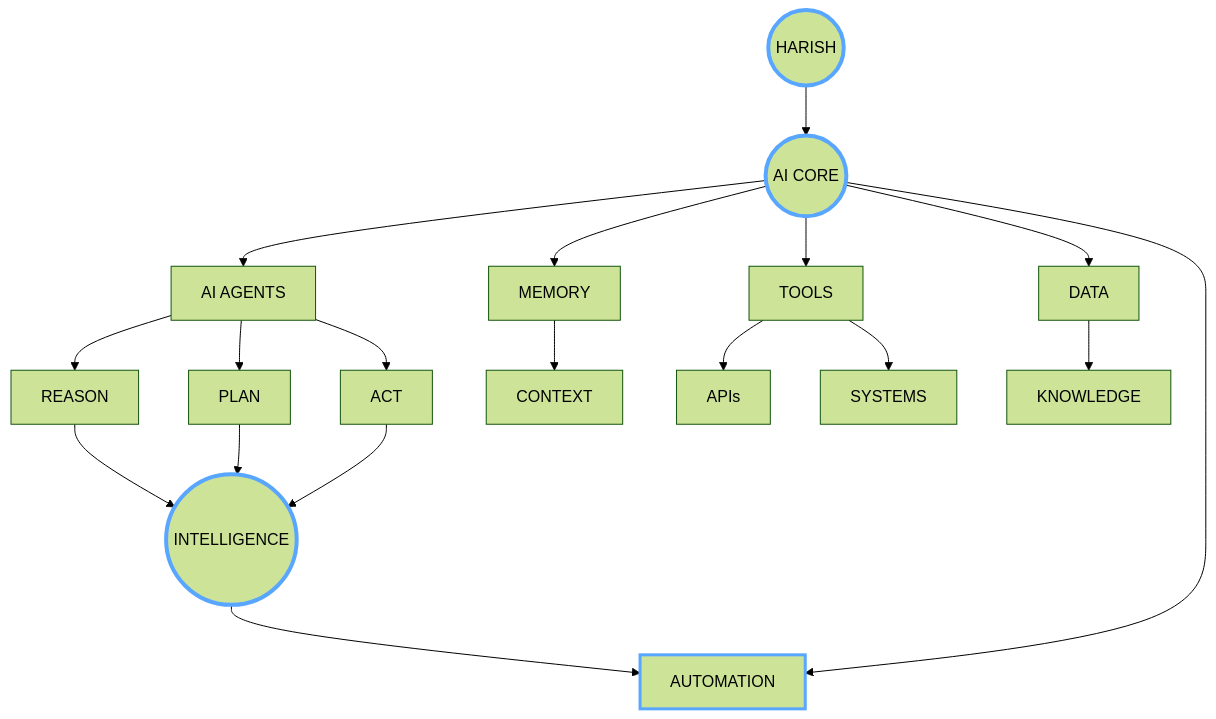
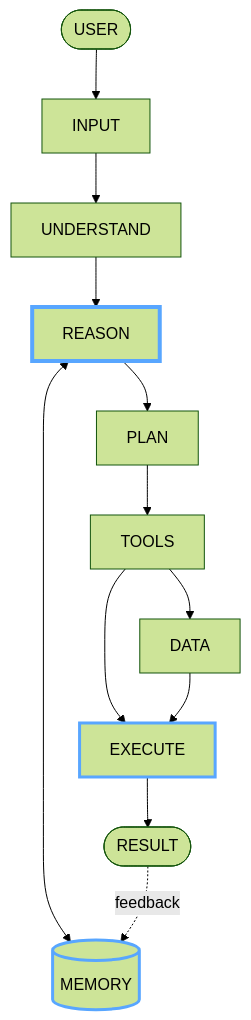
One commit to Harish-ai-dev/Harish-ai-dev changed the first of 8 diagrams in README.md. Above: the diagram before and after it, drawn with Mermaid (forest theme). The commit also changed other lines of this file, not shown here.

Commit message:
Update README with new sections and diagrams

````diff
--- a/README.md
+++ b/README.md
@@ -21,34 +21,36 @@
-```mermaid id="e5n8w2"
+```mermaid id="q2w8m4"
 flowchart TB
 
-    H(("HARISH"))
+    USER(["USER"])
 
-    H --> CORE(("AI CORE"))
+    INPUT["INPUT"]
+    UNDERSTAND["UNDERSTAND"]
+    REASON["REASON"]
+    PLAN["PLAN"]
+    EXECUTE["EXECUTE"]
 
-    CORE --> AGENTS["AI AGENTS"]
-    CORE --> MEMORY["MEMORY"]
-    CORE --> TOOLS["TOOLS"]
-    CORE --> DATA["DATA"]
-    CORE --> AUTO["AUTOMATION"]
+    MEMORY[("MEMORY")]
+    TOOLS["TOOLS"]
+    DATA["DATA"]
 
-    AGENTS --> REASON["REASON"]
-    AGENTS --> PLAN["PLAN"]
-    AGENTS --> ACT["ACT"]
+    RESULT(["RESULT"])
 
-    MEMORY --> CONTEXT["CONTEXT"]
-    DATA --> KNOWLEDGE["KNOWLEDGE"]
+    USER --> INPUT
+    INPUT --> UNDERSTAND
+    UNDERSTAND --> REASON
+    REASON <--> MEMORY
+    REASON --> PLAN
 
-    TOOLS --> API["APIs"]
-    TOOLS --> SYSTEMS["SYSTEMS"]
+    PLAN --> TOOLS
+    TOOLS --> DATA
+    TOOLS --> EXECUTE
 
-    REASON --> INTEL(("INTELLIGENCE"))
-    PLAN --> INTEL
-    ACT --> INTEL
+    DATA --> EXECUTE
+    EXECUTE --> RESULT
 
-    INTEL --> AUTO
+    RESULT -. feedback .-> MEMORY
 
-    style H stroke:#58A6FF,stroke-width:4px
-    style CORE stroke:#58A6FF,stroke-width:4px
-    style INTEL stroke:#58A6FF,stroke-width:4px
-    style AUTO stroke:#58A6FF,stroke-width:3px
+    style REASON stroke:#58A6FF,stroke-width:4px
+    style MEMORY stroke:#58A6FF,stroke-width:3px
+    style EXECUTE stroke:#58A6FF,stroke-width:3px
 ```
````
